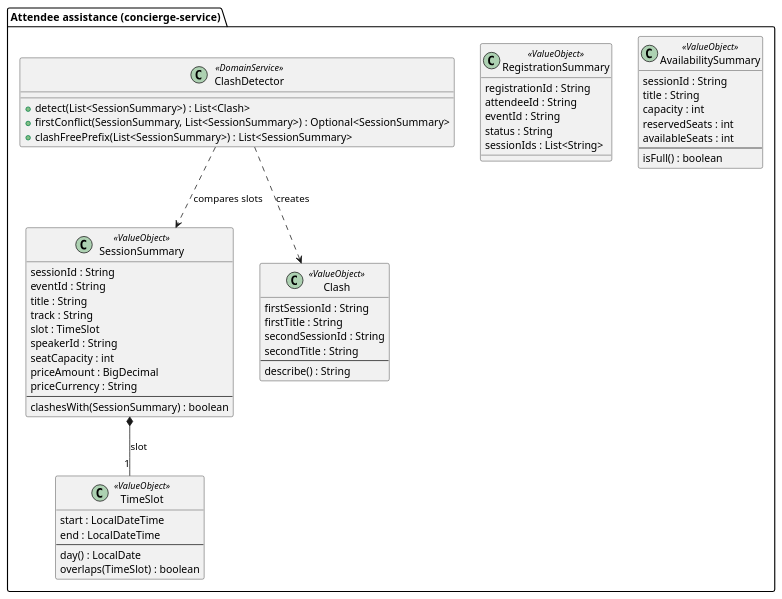
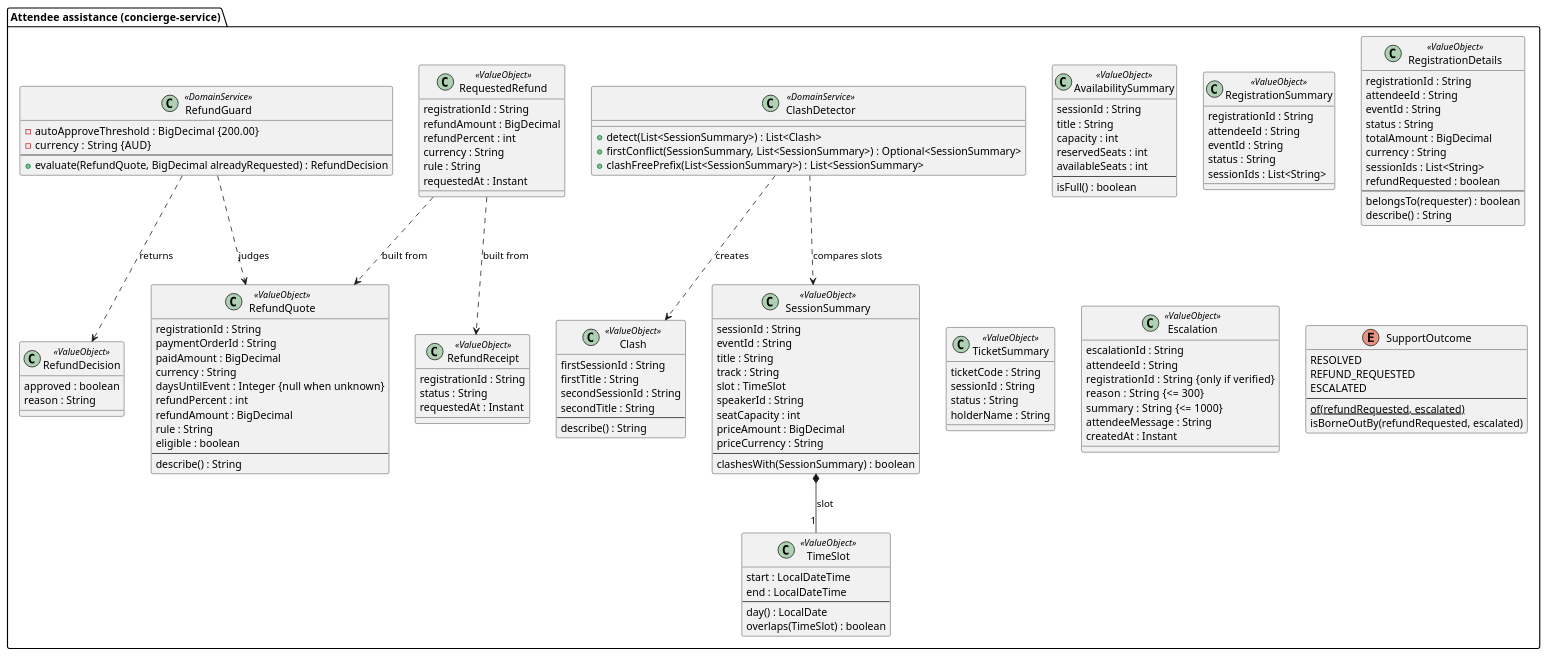
Before and after one commit to middo221/CSCI318---AI-Microservices-Application: the diagram in docs/diagrams/include/domain-assistance.iuml, drawn with PlantUML. The commit also changed 20 other files, not shown here.

First line of the commit message:
docs: extend the domain model to refunds, waitlists, the support agent and operational insight

```diff
--- a/docs/diagrams/include/domain-assistance.iuml
+++ b/docs/diagrams/include/domain-assistance.iuml
@@ -1,66 +1,152 @@
 ' Attendee assistance bounded context — concierge-service, package ...concierge.domain
 ' Shared by domain-assistance.puml (full detail) and domain-model.puml (overview).
 ' Non-persistent: every class here is an immutable record or a stateless service.
-' Second pass (FR-18): add the support agent's records (TicketSummary, RefundQuote, ...) here.
 
 package "Attendee assistance  (concierge-service)" as assistance {
 
   class SessionSummary <<ValueObject>> {
     sessionId : String
     eventId : String
     title : String
     track : String
     slot : TimeSlot
     speakerId : String
     seatCapacity : int
     priceAmount : BigDecimal
     priceCurrency : String
     --
     clashesWith(SessionSummary) : boolean
   }
 
   class "TimeSlot" as X_TimeSlot <<ValueObject>> {
     start : LocalDateTime
     end : LocalDateTime
     --
     day() : LocalDate
     overlaps(TimeSlot) : boolean
   }
 
   class AvailabilitySummary <<ValueObject>> {
     sessionId : String
     title : String
     capacity : int
     reservedSeats : int
     availableSeats : int
     --
     isFull() : boolean
   }
 
   class RegistrationSummary <<ValueObject>> {
     registrationId : String
     attendeeId : String
     eventId : String
     status : String
     sessionIds : List<String>
   }
 
   class Clash <<ValueObject>> {
     firstSessionId : String
     firstTitle : String
     secondSessionId : String
     secondTitle : String
     --
     describe() : String
   }
 
   class ClashDetector <<DomainService>> {
     + detect(List<SessionSummary>) : List<Clash>
     + firstConflict(SessionSummary, List<SessionSummary>) : Optional<SessionSummary>
     + clashFreePrefix(List<SessionSummary>) : List<SessionSummary>
   }
 
+  ' ---- Agent 2, the support agent (FR-18) ----
+
+  class RegistrationDetails <<ValueObject>> {
+    registrationId : String
+    attendeeId : String
+    eventId : String
+    status : String
+    totalAmount : BigDecimal
+    currency : String
+    sessionIds : List<String>
+    refundRequested : boolean
+    --
+    belongsTo(requester) : boolean
+    describe() : String
+  }
+
+  class TicketSummary <<ValueObject>> {
+    ticketCode : String
+    sessionId : String
+    status : String
+    holderName : String
+  }
+
+  class "RefundQuote" as X_RefundQuote <<ValueObject>> {
+    registrationId : String
+    paymentOrderId : String
+    paidAmount : BigDecimal
+    currency : String
+    daysUntilEvent : Integer  {null when unknown}
+    refundPercent : int
+    refundAmount : BigDecimal
+    rule : String
+    eligible : boolean
+    --
+    describe() : String
+  }
+
+  class "RefundDecision" as X_RefundDecision <<ValueObject>> {
+    approved : boolean
+    reason : String
+  }
+
+  class RefundReceipt <<ValueObject>> {
+    registrationId : String
+    status : String
+    requestedAt : Instant
+  }
+
+  class RequestedRefund <<ValueObject>> {
+    registrationId : String
+    refundAmount : BigDecimal
+    refundPercent : int
+    currency : String
+    rule : String
+    requestedAt : Instant
+  }
+
+  class Escalation <<ValueObject>> {
+    escalationId : String
+    attendeeId : String
+    registrationId : String  {only if verified}
+    reason : String  {<= 300}
+    summary : String  {<= 1000}
+    attendeeMessage : String
+    createdAt : Instant
+  }
+
+  enum SupportOutcome {
+    RESOLVED
+    REFUND_REQUESTED
+    ESCALATED
+    --
+    {static} of(refundRequested, escalated)
+    isBorneOutBy(refundRequested, escalated)
+  }
+
+  class RefundGuard <<DomainService>> {
+    - autoApproveThreshold : BigDecimal  {200.00}
+    - currency : String  {AUD}
+    --
+    + evaluate(RefundQuote, BigDecimal alreadyRequested) : RefundDecision
+  }
+
   SessionSummary *-- "1" X_TimeSlot : slot
   ClashDetector ..> SessionSummary : compares slots
   ClashDetector ..> Clash : creates
+  RefundGuard ..> X_RefundQuote : judges
+  RefundGuard ..> X_RefundDecision : returns
+  RequestedRefund ..> X_RefundQuote : built from
+  RequestedRefund ..> RefundReceipt : built from
 }
```
